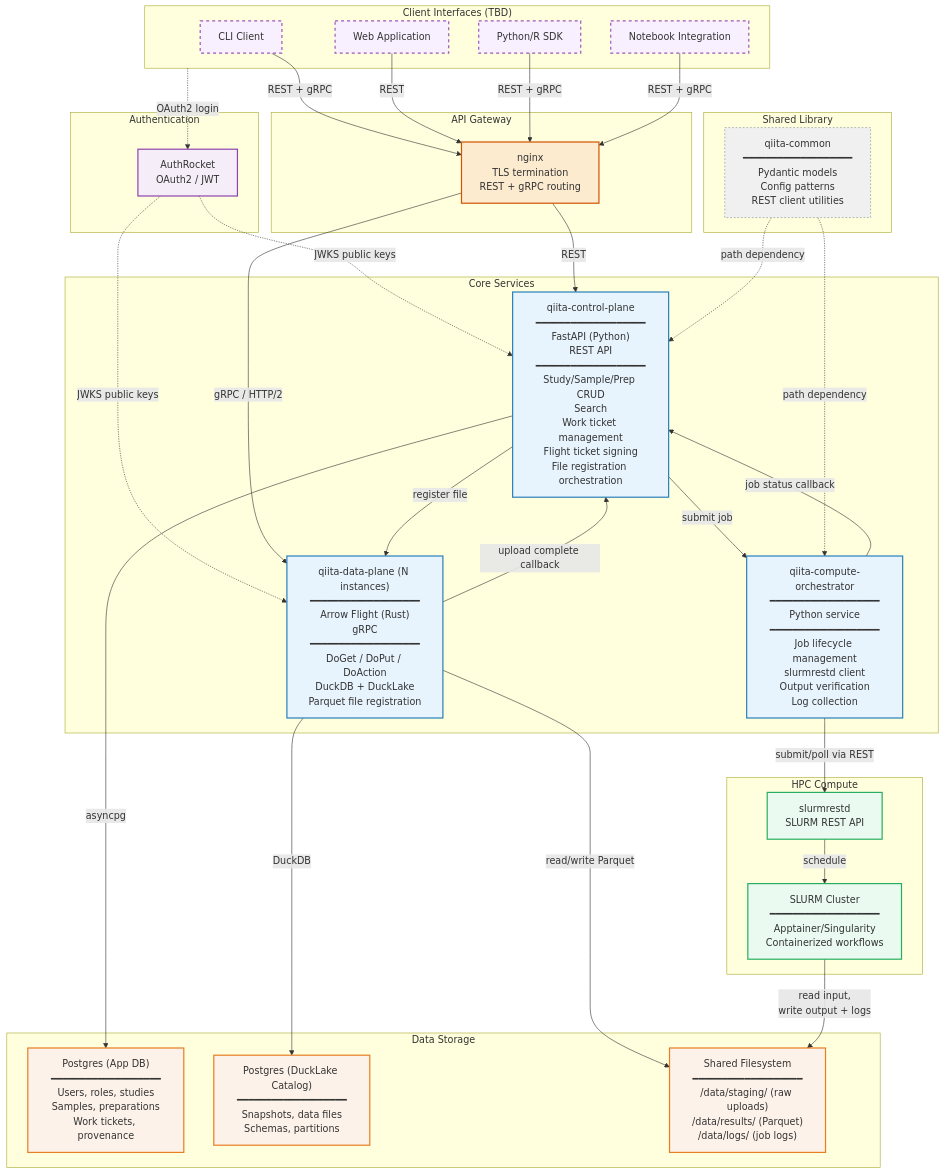
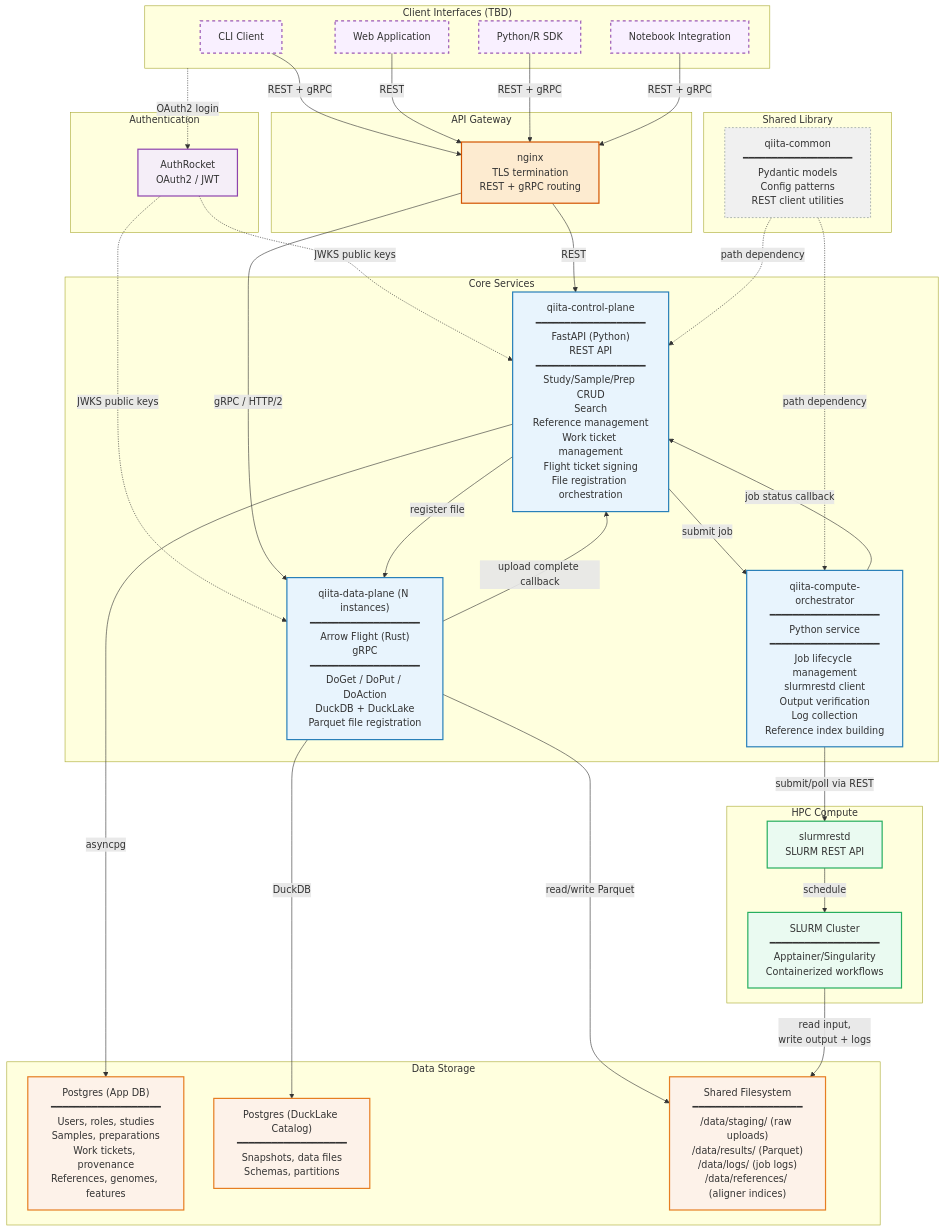
One commit to the-miint/Qiita changed the first of 5 diagrams in docs/architecture.md. Above: the diagram before and after it, drawn with Mermaid. The commit also changed other lines of this file and 1 other file, not shown here.

First line of the commit message:
docs: add reference database design to architecture

```diff
--- a/docs/architecture.md
+++ b/docs/architecture.md
@@ -24,9 +24,9 @@
     end
 
     subgraph services ["Core Services"]
-        CP["qiita-control-plane<br/>━━━━━━━━━━━━━━━━━━━<br/>FastAPI (Python)<br/>REST API<br/>━━━━━━━━━━━━━━━━━━━<br/>Study/Sample/Prep CRUD<br/>Search<br/>Work ticket management<br/>Flight ticket signing<br/>File registration orchestration"]
+        CP["qiita-control-plane<br/>━━━━━━━━━━━━━━━━━━━<br/>FastAPI (Python)<br/>REST API<br/>━━━━━━━━━━━━━━━━━━━<br/>Study/Sample/Prep CRUD<br/>Search<br/>Reference management<br/>Work ticket management<br/>Flight ticket signing<br/>File registration orchestration"]
         DP["qiita-data-plane (N instances)<br/>━━━━━━━━━━━━━━━━━━━<br/>Arrow Flight (Rust)<br/>gRPC<br/>━━━━━━━━━━━━━━━━━━━<br/>DoGet / DoPut / DoAction<br/>DuckDB + DuckLake<br/>Parquet file registration"]
-        CO["qiita-compute-orchestrator<br/>━━━━━━━━━━━━━━━━━━━<br/>Python service<br/>━━━━━━━━━━━━━━━━━━━<br/>Job lifecycle management<br/>slurmrestd client<br/>Output verification<br/>Log collection"]
+        CO["qiita-compute-orchestrator<br/>━━━━━━━━━━━━━━━━━━━<br/>Python service<br/>━━━━━━━━━━━━━━━━━━━<br/>Job lifecycle management<br/>slurmrestd client<br/>Output verification<br/>Log collection<br/>Reference index building"]
     end
 
     subgraph shared_lib ["Shared Library"]
@@ -39,9 +39,9 @@
     end
 
     subgraph storage ["Data Storage"]
-        PG_APP["Postgres (App DB)<br/>━━━━━━━━━━━━━━━━━━━<br/>Users, roles, studies<br/>Samples, preparations<br/>Work tickets, provenance"]
+        PG_APP["Postgres (App DB)<br/>━━━━━━━━━━━━━━━━━━━<br/>Users, roles, studies<br/>Samples, preparations<br/>Work tickets, provenance<br/>References, genomes, features"]
         PG_DL["Postgres (DuckLake Catalog)<br/>━━━━━━━━━━━━━━━━━━━<br/>Snapshots, data files<br/>Schemas, partitions"]
-        FS["Shared Filesystem<br/>━━━━━━━━━━━━━━━━━━━<br/>/data/staging/ (raw uploads)<br/>/data/results/ (Parquet)<br/>/data/logs/ (job logs)"]
+        FS["Shared Filesystem<br/>━━━━━━━━━━━━━━━━━━━<br/>/data/staging/ (raw uploads)<br/>/data/results/ (Parquet)<br/>/data/logs/ (job logs)<br/>/data/references/ (aligner indices)"]
     end
 
     %% Client connections
```
